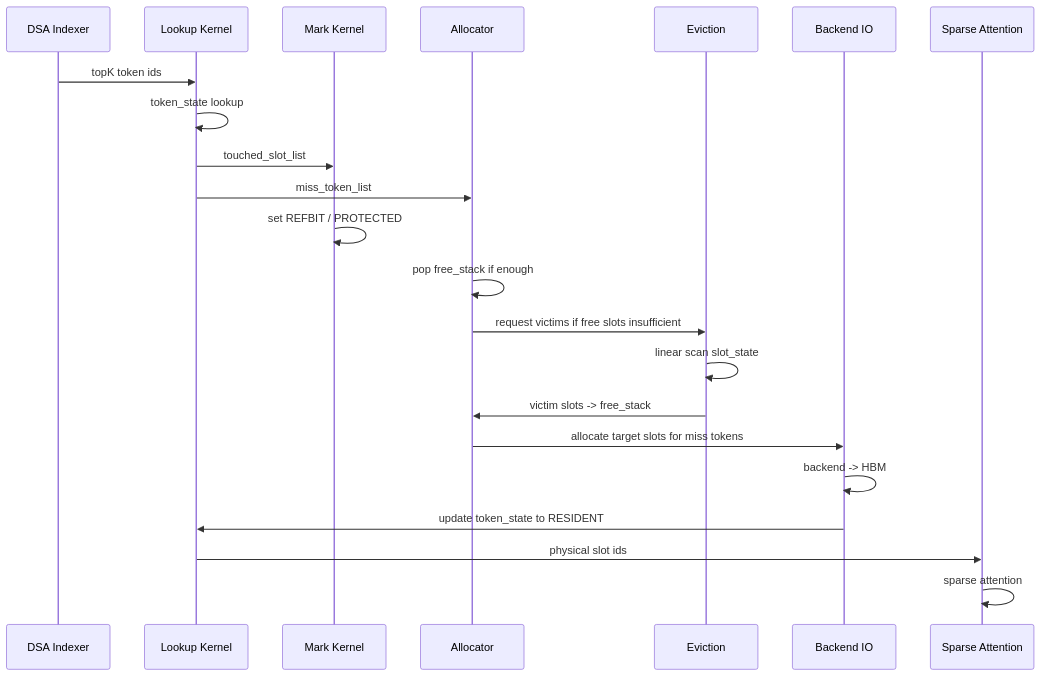
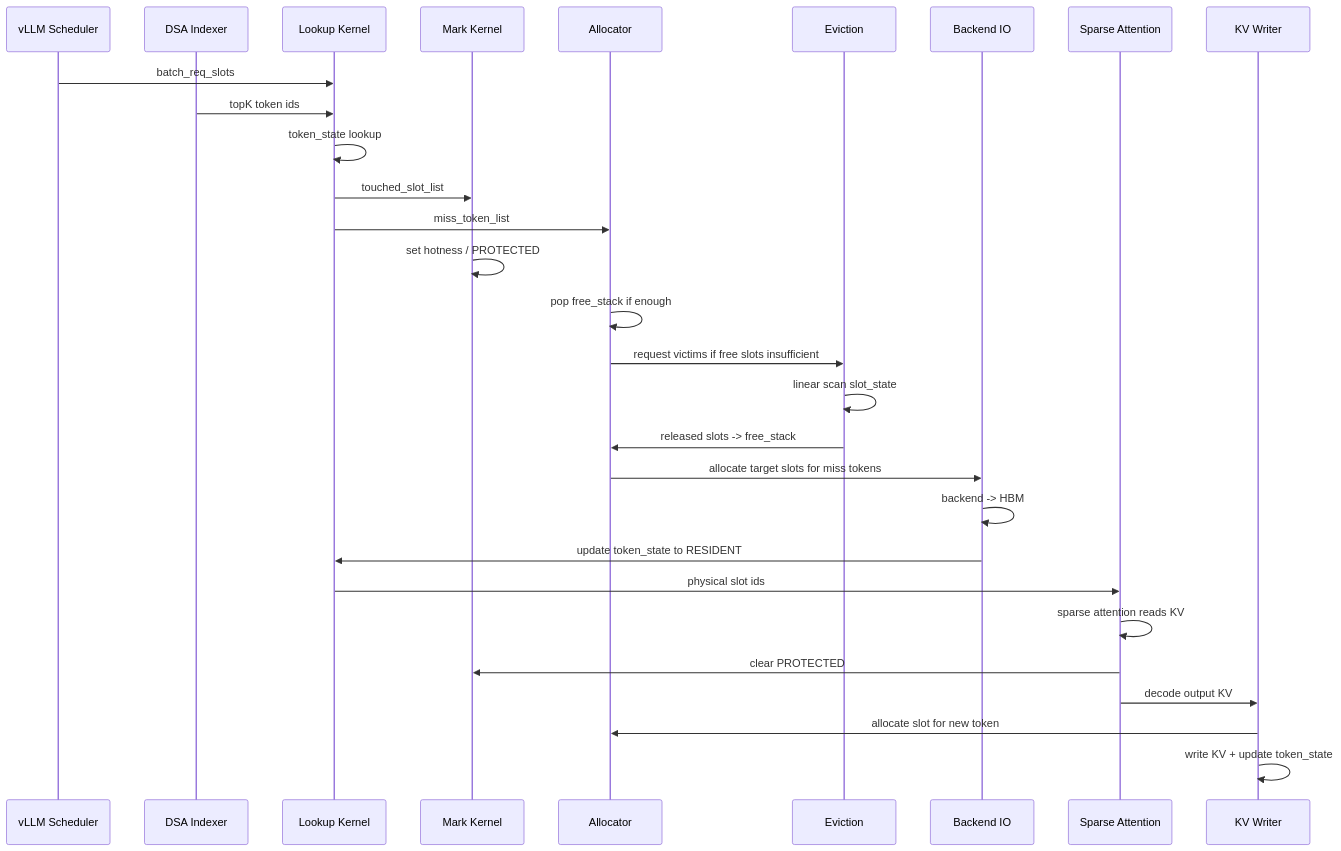
One commit to ykfnxx/ASU-Ascend changed diagram 13 of 13 in docs/draft/2026-06-02-npu-hbm-kvcache-management-draft.md. Above: the diagram before and after it, drawn with Mermaid. The commit also changed other lines of this file, not shown here.

Commit message:
Update KVCache draft with index flows

````diff
--- a/docs/draft/2026-06-02-npu-hbm-kvcache-management-draft.md
+++ b/docs/draft/2026-06-02-npu-hbm-kvcache-management-draft.md
@@ -555,25 +780,32 @@
 ```mermaid
 sequenceDiagram
+    participant V as vLLM Scheduler
     participant I as DSA Indexer
     participant L as Lookup Kernel
     participant M as Mark Kernel
     participant A as Allocator
     participant E as Eviction
     participant B as Backend IO
     participant S as Sparse Attention
+    participant W as KV Writer
 
+    V->>L: batch_req_slots
     I->>L: topK token ids
     L->>L: token_state lookup
     L->>M: touched_slot_list
     L->>A: miss_token_list
-    M->>M: set REFBIT / PROTECTED
+    M->>M: set hotness / PROTECTED
     A->>A: pop free_stack if enough
     A->>E: request victims if free slots insufficient
     E->>E: linear scan slot_state
-    E->>A: victim slots -> free_stack
+    E->>A: released slots -> free_stack
     A->>B: allocate target slots for miss tokens
     B->>B: backend -> HBM
     B->>L: update token_state to RESIDENT
     L->>S: physical slot ids
-    S->>S: sparse attention
+    S->>S: sparse attention reads KV
+    S->>M: clear PROTECTED
+    S->>W: decode output KV
+    W->>A: allocate slot for new token
+    W->>W: write KV + update token_state
 ```
````
